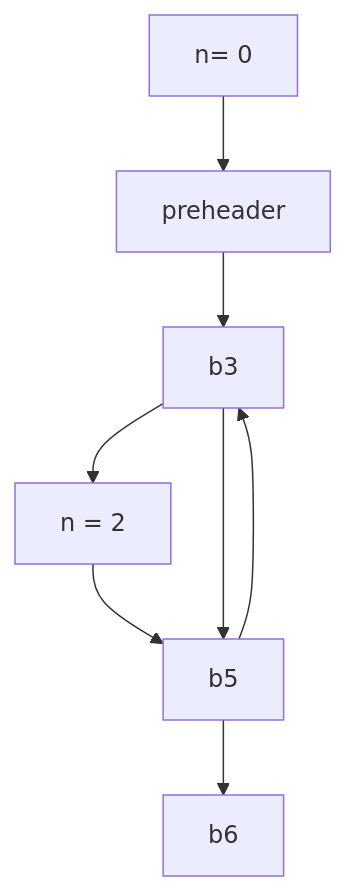
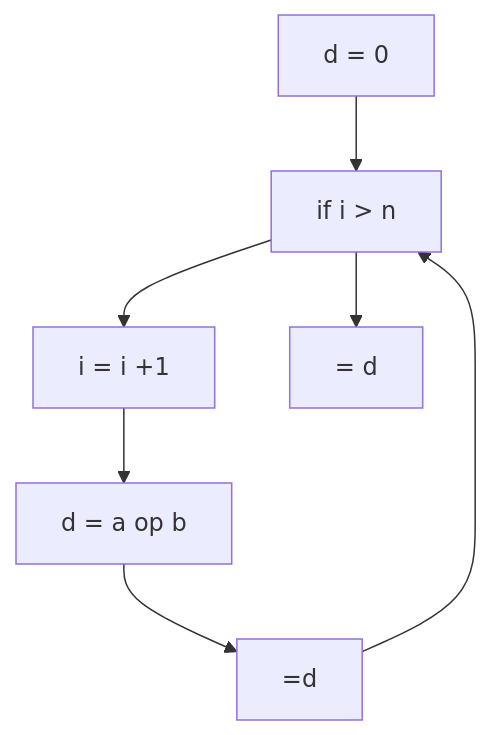
The fourth of 5 diagrams in lectures/05b_licm.qmd (normrubin/normrubin.github.io), drawn with Mermaid before and after one commit. The commit also changed other lines of this file and 2 other files, not shown here.

````diff
--- a/lectures/05b_licm.qmd
+++ b/lectures/05b_licm.qmd
@@ -111,18 +239,18 @@
 ```{mermaid}
 %%{init: {"flowchart": {"htmlLabels": false}} }%%
 
-graph TD
-  b1[" n= 0"]
-   p["preheader"]
-   b3
-   b4["n = 2"]
-   b5
-   b6
-   b1-->p
-   p--> b3
-   b3--> b4
-   b4--> b5
-   b3--> b5
-   b5--> b3
-   b5--> b6
+graph TB
+pre["d = 0"]
+L1["if i > n" ]
+loop1["i = i +1"]
+d["d = a op b"]
+use["  =d "]
+next[" = d"]
+
+pre--> L1
+L1--> loop1
+loop1--> d
+d--> use 
+use --> L1
+L1 --> next
 ```
````
